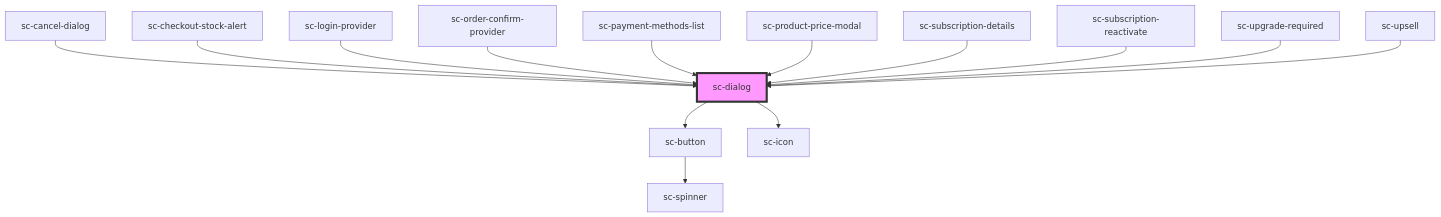
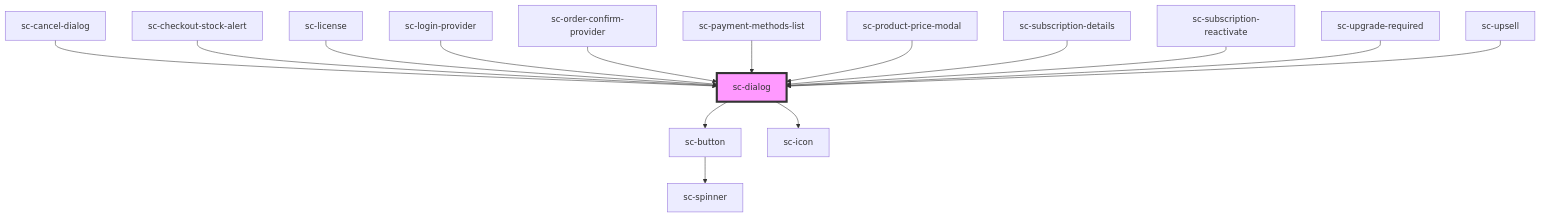
The diagram in packages/components/src/components/ui/sc-dialog/readme.md (surecart/surecart-wp-plugin), drawn with Mermaid before and after one commit. The commit also changed other lines of this file and 17 other files, not shown here.

````diff
--- a/packages/components/src/components/ui/sc-dialog/readme.md
+++ b/packages/components/src/components/ui/sc-dialog/readme.md
@@ -64,17 +65,18 @@
 ```mermaid
 graph TD;
   sc-dialog --> sc-button
   sc-dialog --> sc-icon
   sc-button --> sc-spinner
   sc-cancel-dialog --> sc-dialog
   sc-checkout-stock-alert --> sc-dialog
+  sc-license --> sc-dialog
   sc-login-provider --> sc-dialog
   sc-order-confirm-provider --> sc-dialog
   sc-payment-methods-list --> sc-dialog
   sc-product-price-modal --> sc-dialog
   sc-subscription-details --> sc-dialog
   sc-subscription-reactivate --> sc-dialog
   sc-upgrade-required --> sc-dialog
   sc-upsell --> sc-dialog
   style sc-dialog fill:#f9f,stroke:#333,stroke-width:4px
 ```
````
